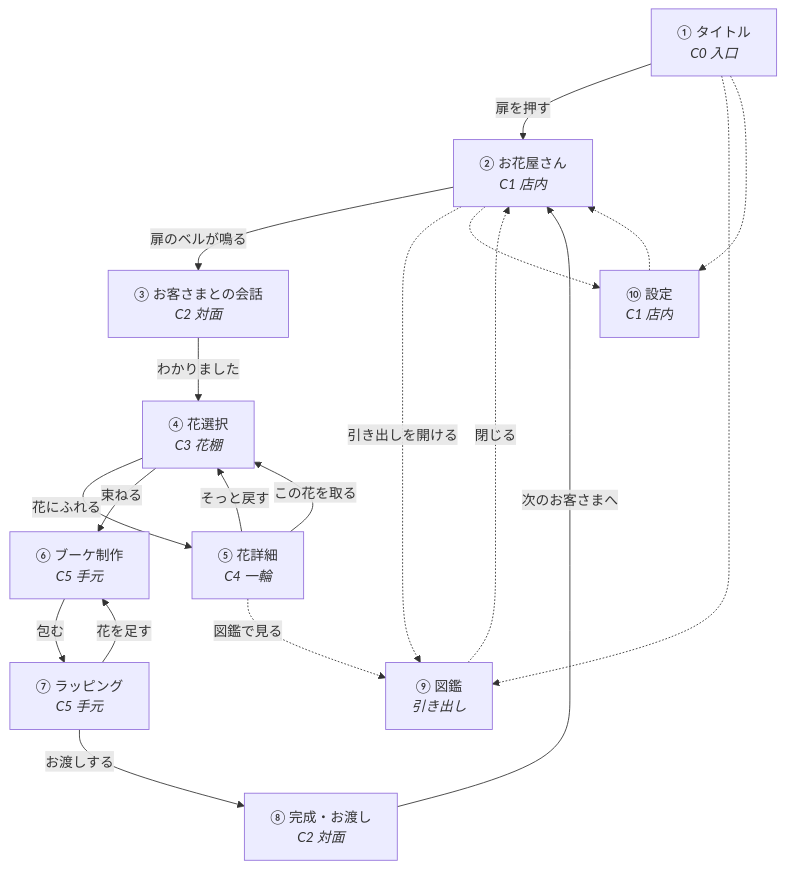
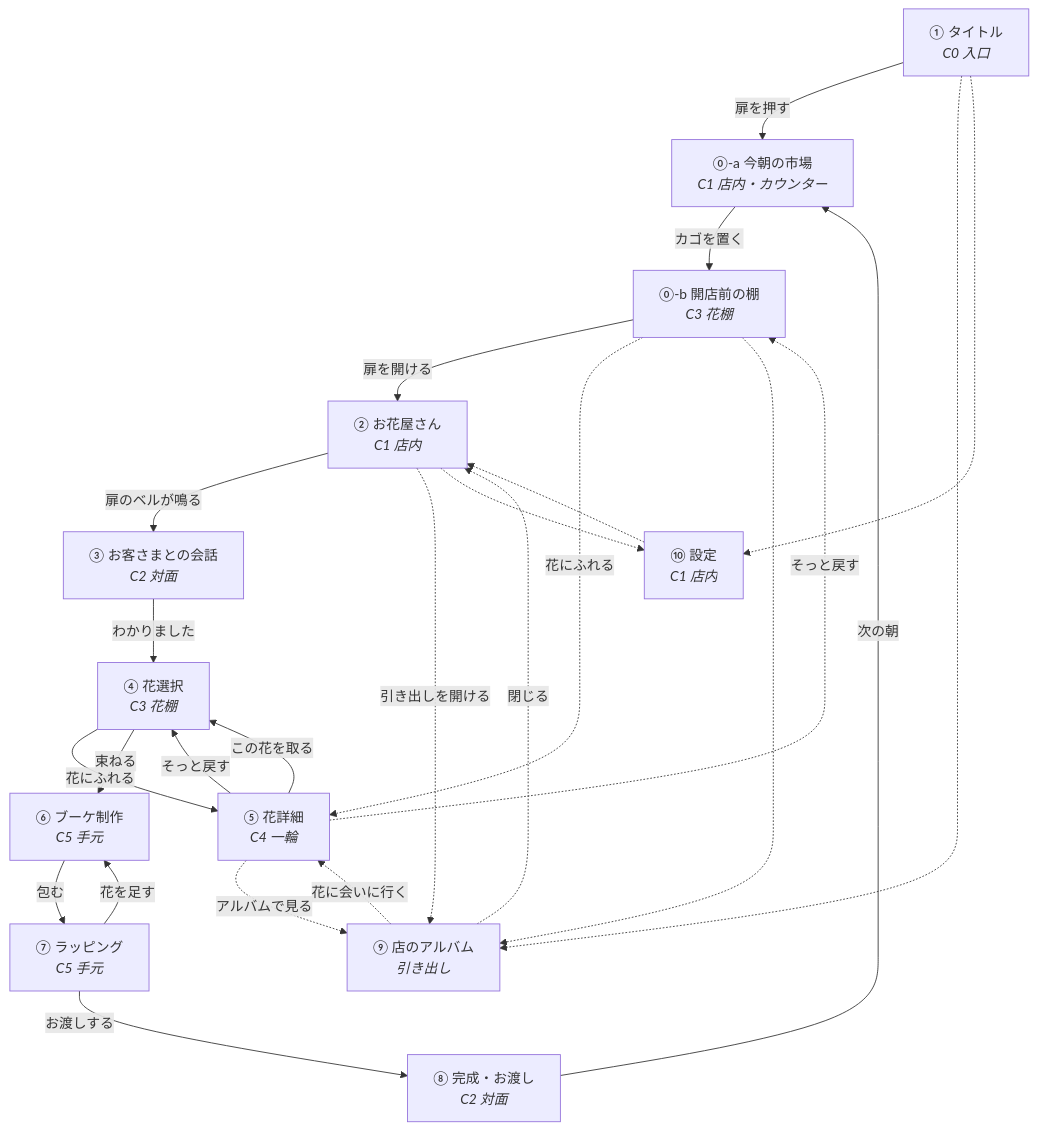
Before and after one commit to 1231mmmn-ui/Flower_Shop_2: the diagram in design/01-screen-flow.md, drawn with Mermaid. The commit also changed other lines of this file and 4 other files, not shown here.

First line of the commit message:
design: 二つの戒めを最上位に置き、①画面遷移図と②ワイヤーフレームを改訂

````diff
--- a/design/01-screen-flow.md
+++ b/design/01-screen-flow.md
@@ -24,33 +36,42 @@
 ```mermaid
 flowchart TD
     T["① タイトル<br/><i>C0 入口</i>"]
+    M["⓪-a 今朝の市場<br/><i>C1 店内・カウンター</i>"]
+    O["⓪-b 開店前の棚<br/><i>C3 花棚</i>"]
     S["② お花屋さん<br/><i>C1 店内</i>"]
     G["③ お客さまとの会話<br/><i>C2 対面</i>"]
     P["④ 花選択<br/><i>C3 花棚</i>"]
     D["⑤ 花詳細<br/><i>C4 一輪</i>"]
     B["⑥ ブーケ制作<br/><i>C5 手元</i>"]
     W["⑦ ラッピング<br/><i>C5 手元</i>"]
     F["⑧ 完成・お渡し<br/><i>C2 対面</i>"]
-    L["⑨ 図鑑<br/><i>引き出し</i>"]
+    L["⑨ 店のアルバム<br/><i>引き出し</i>"]
     C["⑩ 設定<br/><i>C1 店内</i>"]
 
-    T -->|扉を押す| S
+    T -->|扉を押す| M
+    M -->|カゴを置く| O
+    O -->|扉を開ける| S
     S -->|扉のベルが鳴る| G
     G -->|わかりました| P
     P -->|花にふれる| D
     D -->|そっと戻す| P
     D -->|この花を取る| P
     P -->|束ねる| B
     B -->|包む| W
     W -->|花を足す| B
     W -->|お渡しする| F
-    F -->|次のお客さまへ| S
+    F -->|次の朝| M
+
+    O -.->|花にふれる| D
+    D -.->|そっと戻す| O
 
     S -.->|引き出しを開ける| L
+    O -.-> L
     T -.-> L
     L -.->|閉じる| S
-    D -.->|図鑑で見る| L
+    L -.->|花に会いに行く| D
+    D -.->|アルバムで見る| L
     S -.-> C
     T -.-> C
     C -.-> S
 ```
````
